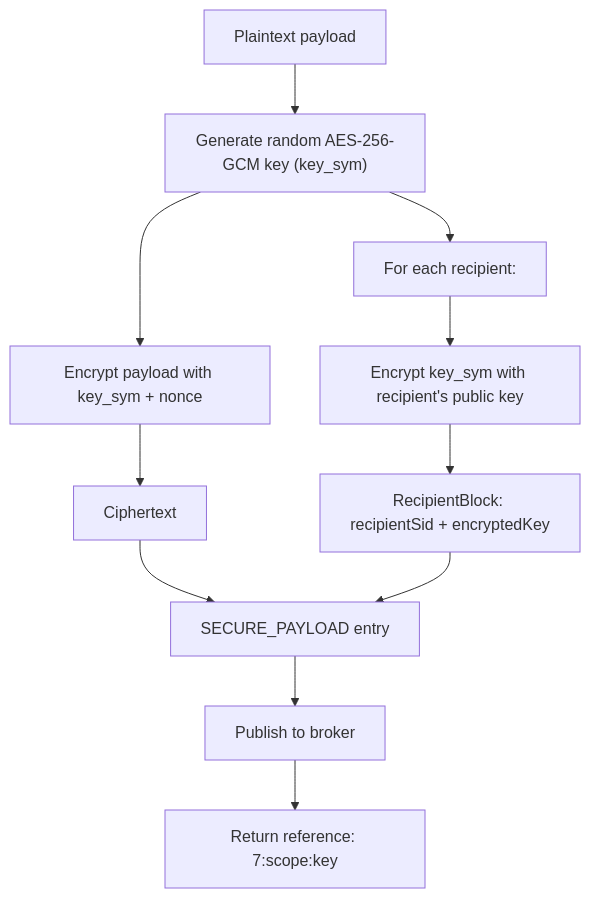
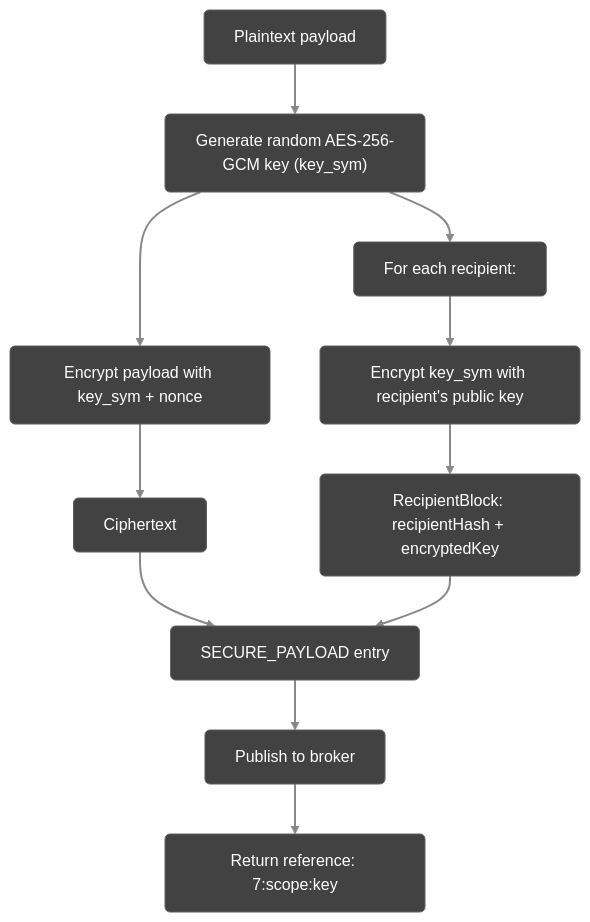
The second of 2 diagrams in docs/docs/guides/distribution-modes.md (cyfko/veridot), drawn with Mermaid before and after one commit. The commit also changed other lines of this file and 84 other files, not shown here.

Commit message:
docs: complete Protocol V5 documentation rewrite (including premium diagrams)

````diff
--- a/docs/docs/guides/distribution-modes.md
+++ b/docs/docs/guides/distribution-modes.md
@@ -84,13 +87,23 @@
 ```mermaid
 flowchart TD
+
+    %% Premium Theme
+    linkStyle default stroke:#888888,stroke-width:2px;
+    classDef default fill:#424242,stroke:#616161,stroke-width:1px,color:#fff,rx:5px,ry:5px;
+    classDef service fill:#4527a0,stroke:#5e35b1,stroke-width:1px,color:#fff,rx:5px,ry:5px;
+    classDef broker fill:#004d40,stroke:#00695c,stroke-width:1px,color:#fff,rx:5px,ry:5px;
+    classDef db fill:#bf360c,stroke:#d84315,stroke-width:1px,color:#fff,rx:5px,ry:5px;
+    classDef taas fill:#01579b,stroke:#0277bd,stroke-width:1px,color:#fff,rx:5px,ry:5px;
+
     A[Plaintext payload] --> B["Generate random AES-256-GCM key (key_sym)"]
     B --> C["Encrypt payload with key_sym + nonce"]
     C --> D[Ciphertext]
     B --> E["For each recipient:"]
     E --> F["Encrypt key_sym with recipient's public key"]
-    F --> G[RecipientBlock: recipientSid + encryptedKey]
+    F --> G[RecipientBlock: recipientHash + encryptedKey]
     D --> H["SECURE_PAYLOAD entry"]
     G --> H
     H --> I[Publish to broker]
     I --> J["Return reference: 7:scope:key"]
+
 ```
````
